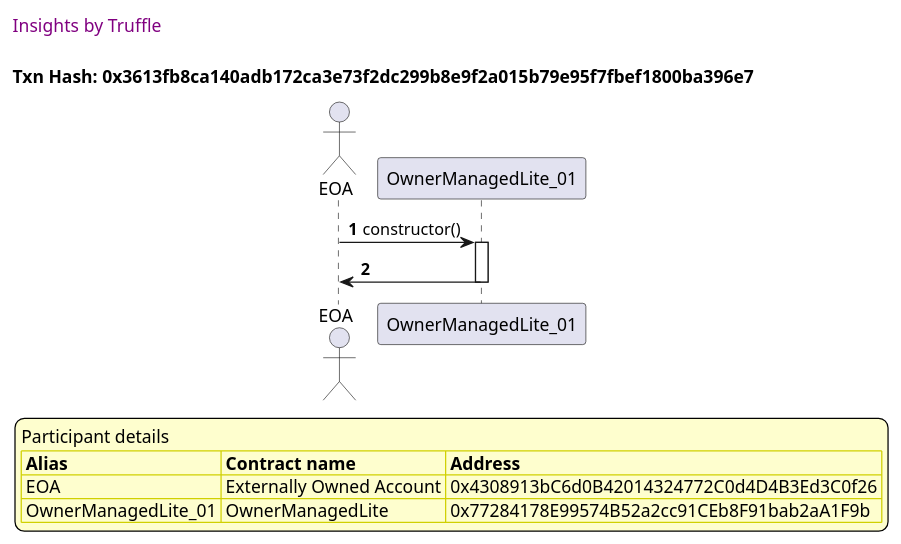
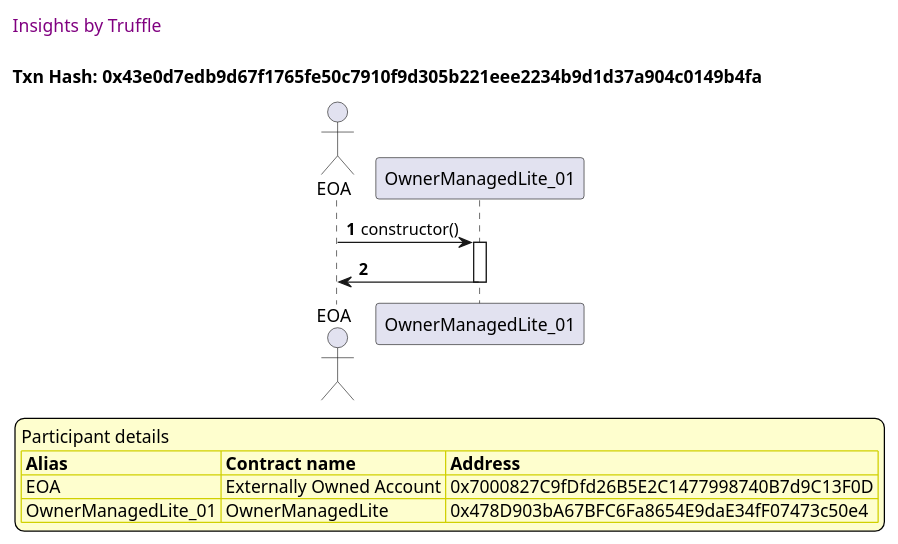
One commit to thedarkjester/ConsensysAssignment changed the seventh of 31 diagrams in truffle-seq/OwnerManagedLite_test_griefing_prevention.md. Above: the diagram before and after it, drawn with PlantUML. The commit also changed other lines of this file and 13 other files, not shown here.

````diff
--- a/truffle-seq/OwnerManagedLite_test_griefing_prevention.md
+++ b/truffle-seq/OwnerManagedLite_test_griefing_prevention.md
@@ -331,37 +309,37 @@
 ```plantuml
 
 
 @startuml
 
 autonumber
 skinparam legendBackgroundColor #FEFECE
 
 <style>
       header {
         HorizontalAlignment left
         FontColor purple
         FontSize 14
         Padding 10
       }
     </style>
 
 header Insights by Truffle
 
-title Txn Hash: 0x3613fb8ca140adb172ca3e73f2dc299b8e9f2a015b79e95f7fbef1800ba396e7
+title Txn Hash: 0x43e0d7edb9d67f1765fe50c7910f9d305b221eee2234b9d1d37a904c0149b4fa
 
 
 actor EOA as "EOA"
 participant OwnerManagedLite_01 as "OwnerManagedLite_01"
 
 "EOA" -> "OwnerManagedLite_01" ++: constructor()
 "OwnerManagedLite_01" -> "EOA" --: 
 
 legend
 Participant details
 <#FEFECE,#D0D000>|= Alias |= Contract name |= Address |
-<#FEFECE>| EOA | Externally Owned Account | 0x4308913bC6d0B42014324772C0d4D4B3Ed3C0f26 |
-<#FEFECE>| OwnerManagedLite_01 | OwnerManagedLite | 0x77284178E99574B52a2cc91CEb8F91bab2aA1F9b |
+<#FEFECE>| EOA | Externally Owned Account | 0x7000827C9fDfd26B5E2C1477998740B7d9C13F0D |
+<#FEFECE>| OwnerManagedLite_01 | OwnerManagedLite | 0x478D903bA67BFC6Fa8654E9daE34fF07473c50e4 |
 endlegend
 
 @enduml
 ```
````
